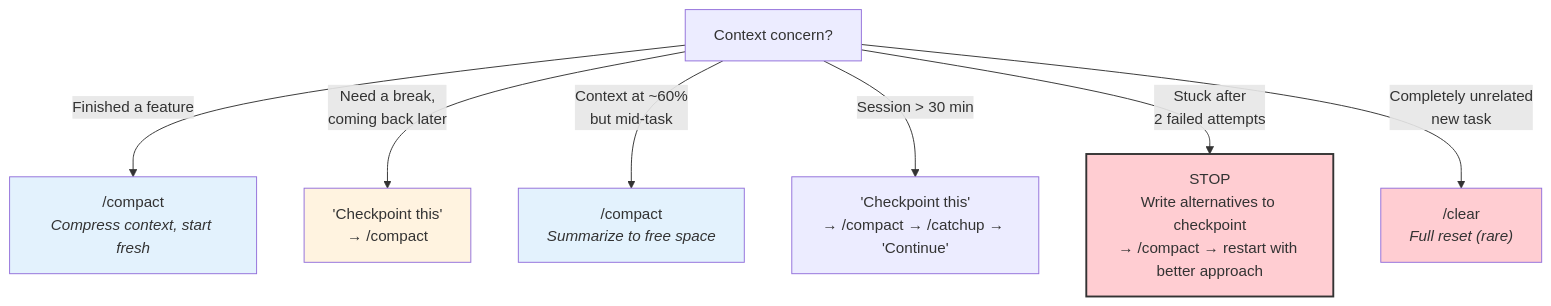
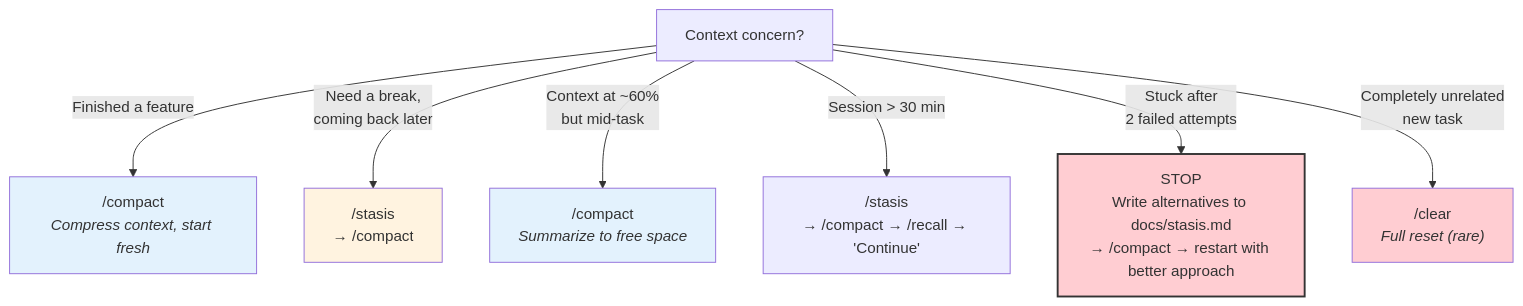
The second of 3 diagrams in .ccanvil/guide/decision-guide.md (goldhaxx/fucina), drawn with Mermaid before and after one commit. The commit also changed other lines of this file and 15 other files, not shown here.

````diff
--- a/.ccanvil/guide/decision-guide.md
+++ b/.ccanvil/guide/decision-guide.md
@@ -28,17 +28,17 @@
 ```mermaid
 flowchart TD
     Q["Context concern?"]
 
     Q -->|"Finished a feature"| COMPACT["/compact<br/><i>Compress context, start fresh</i>"]
-    Q -->|"Need a break,<br/>coming back later"| CP["'Checkpoint this'<br/>→ /compact"]
+    Q -->|"Need a break,<br/>coming back later"| CP["/stasis<br/>→ /compact"]
     Q -->|"Context at ~60%<br/>but mid-task"| COMPACT_MID["/compact<br/><i>Summarize to free space</i>"]
-    Q -->|"Session > 30 min"| CP2["'Checkpoint this'<br/>→ /compact → /catchup → 'Continue'"]
-    Q -->|"Stuck after<br/>2 failed attempts"| STOP["STOP<br/>Write alternatives to checkpoint<br/>→ /compact → restart with better approach"]
+    Q -->|"Session > 30 min"| CP2["/stasis<br/>→ /compact → /recall → 'Continue'"]
+    Q -->|"Stuck after<br/>2 failed attempts"| STOP["STOP<br/>Write alternatives to docs/stasis.md<br/>→ /compact → restart with better approach"]
     Q -->|"Completely unrelated<br/>new task"| CLEAR["/clear<br/><i>Full reset (rare)</i>"]
 
     style COMPACT fill:#e3f2fd
     style CP fill:#fff3e0
     style COMPACT_MID fill:#e3f2fd
     style STOP fill:#ffcdd2,stroke:#333,stroke-width:2px
     style CLEAR fill:#ffcdd2
 ```
````
